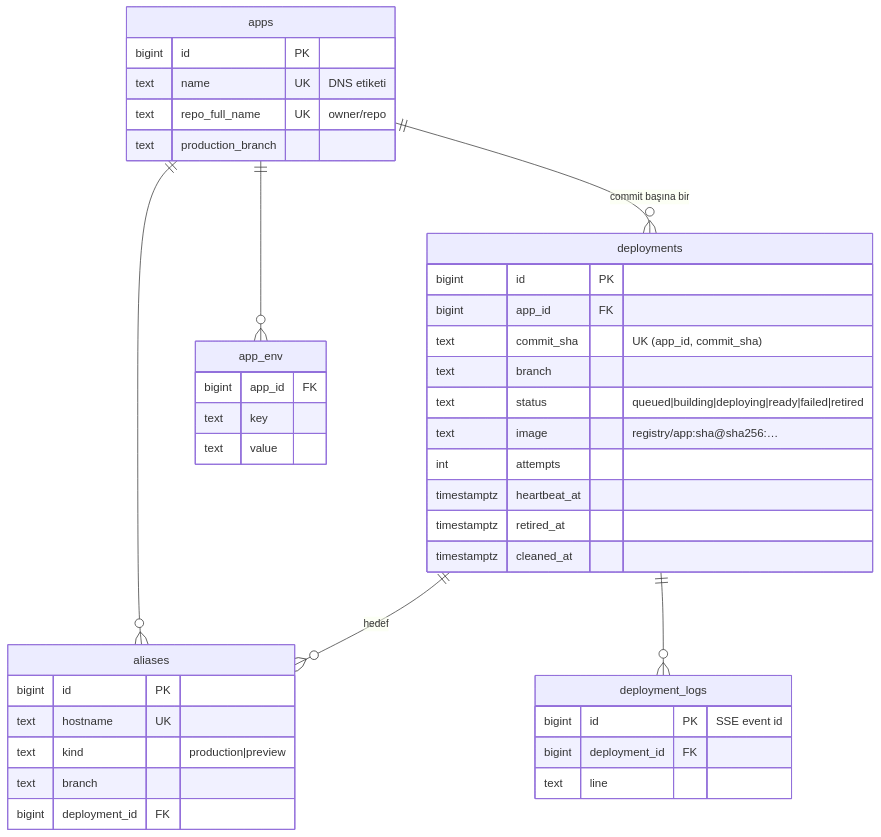
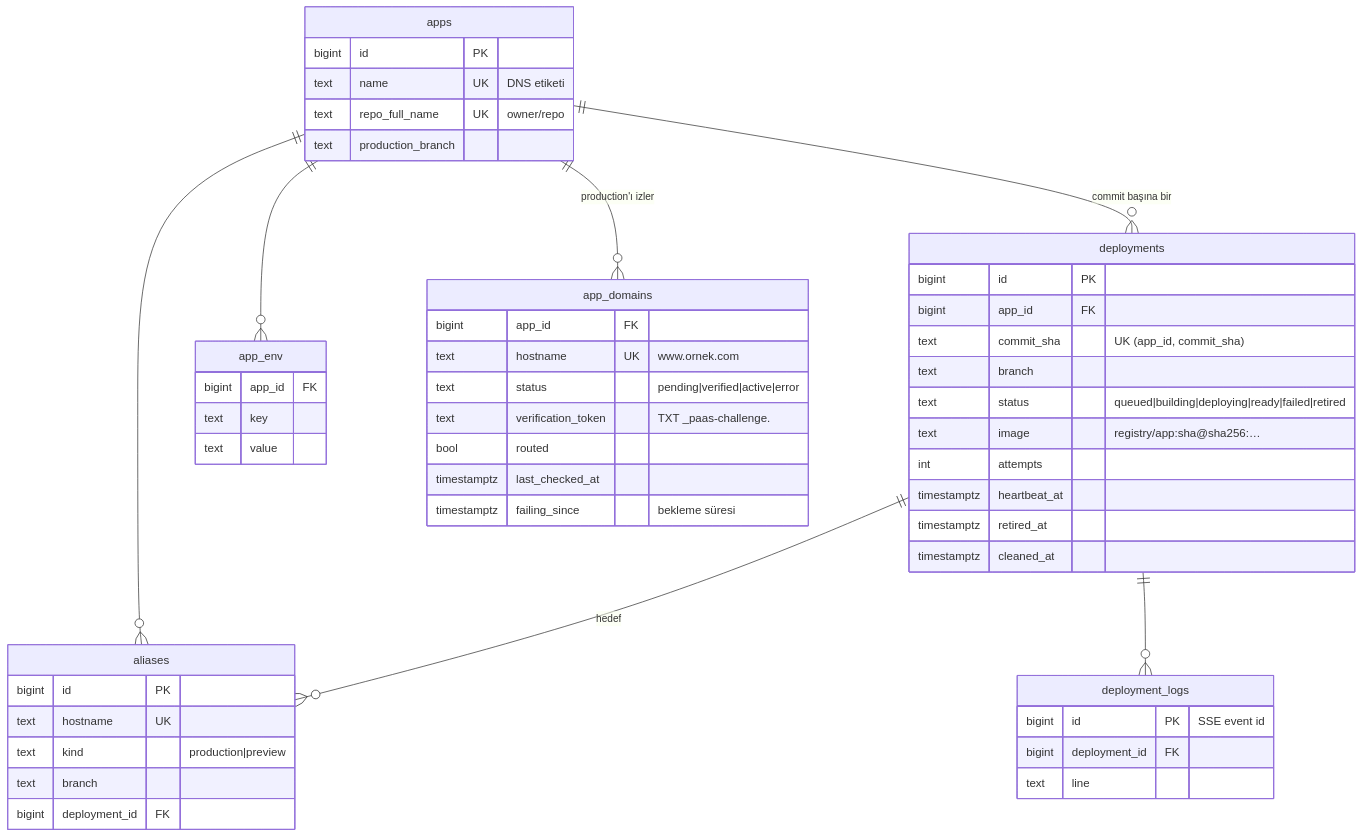
One commit to Nisagwn/paas changed the sixth of 6 diagrams in docs/ARCHITECTURE.md. Above: the diagram before and after it, drawn with Mermaid. The commit also changed other lines of this file and 28 other files, not shown here.

Commit message:
Faz 12: custom domains with DNS verification and per-domain certificates

````diff
--- a/docs/ARCHITECTURE.md
+++ b/docs/ARCHITECTURE.md
@@ -159,44 +160,54 @@
 ```mermaid
 erDiagram
     apps ||--o{ deployments : "commit başına bir"
     apps ||--o{ aliases : ""
     apps ||--o{ app_env : ""
+    apps ||--o{ app_domains : "production'ı izler"
     deployments ||--o{ aliases : "hedef"
     deployments ||--o{ deployment_logs : ""
 
     apps {
         bigint id PK
         text name UK "DNS etiketi"
         text repo_full_name UK "owner/repo"
         text production_branch
     }
     deployments {
         bigint id PK
         bigint app_id FK
         text commit_sha "UK (app_id, commit_sha)"
         text branch
         text status "queued|building|deploying|ready|failed|retired"
         text image "registry/app:sha@sha256:…"
         int attempts
         timestamptz heartbeat_at
         timestamptz retired_at
         timestamptz cleaned_at
     }
     aliases {
         bigint id PK
         text hostname UK
         text kind "production|preview"
         text branch
         bigint deployment_id FK
     }
     deployment_logs {
         bigint id PK "SSE event id"
         bigint deployment_id FK
         text line
     }
     app_env {
         bigint app_id FK
         text key
         text value
     }
+    app_domains {
+        bigint app_id FK
+        text hostname UK "www.ornek.com"
+        text status "pending|verified|active|error"
+        text verification_token "TXT _paas-challenge.<host>"
+        bool routed
+        timestamptz last_checked_at
+        timestamptz failing_since "bekleme süresi"
+    }
 ```
````
